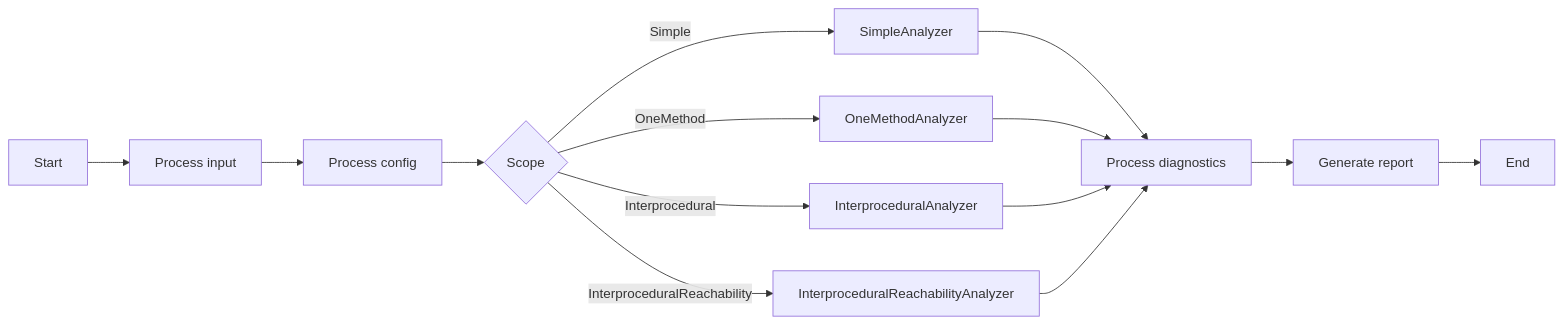
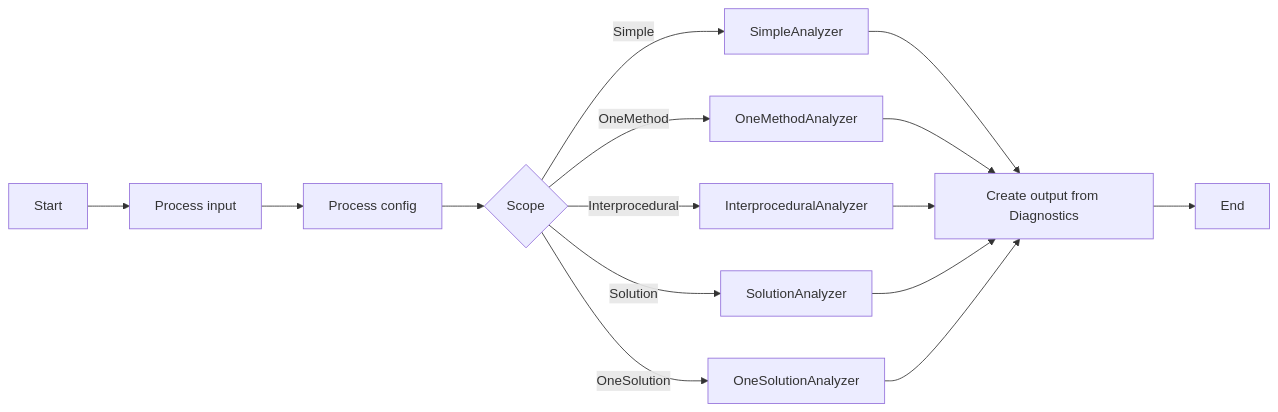
One commit to KleinMichalGit/SQLInjectionAnalyzer changed the diagram in README.md. Above: the diagram before and after it, drawn with Mermaid. The commit also changed other lines of this file, not shown here.

````diff
--- a/README.md
+++ b/README.md
@@ -7,16 +27,17 @@
 ```mermaid
 flowchart LR;
     J[Start]-->A[Process input]
     A-->B[Process config];
     B-->C{Scope};
     C-->|Simple|D[SimpleAnalyzer];
     C-->|OneMethod|E[OneMethodAnalyzer];
     C-->|Interprocedural|F[InterproceduralAnalyzer];
-    C-->|InterproceduralReachability|G[InterproceduralReachabilityAnalyzer];
-    D-->H[Process diagnostics];
+    C-->|Solution|G[SolutionAnalyzer];
+    C-->|OneSolution|L[OneSolutionAnalyzer];
+    D-->H[Create output from Diagnostics];
     E-->H;
     F-->H;
     G-->H;
-    H-->I[Generate report];
-    I-->K[End]
+    L-->H;
+    H-->I[End]
 ```
````
